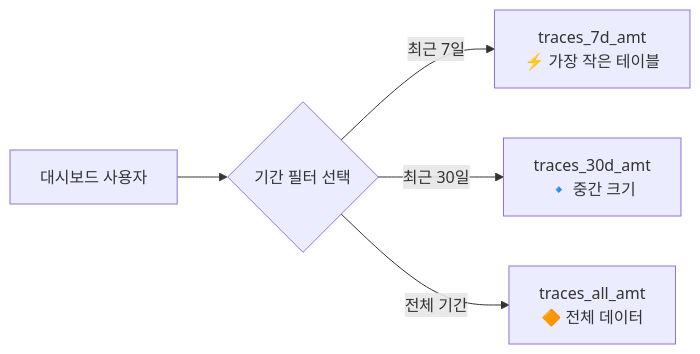
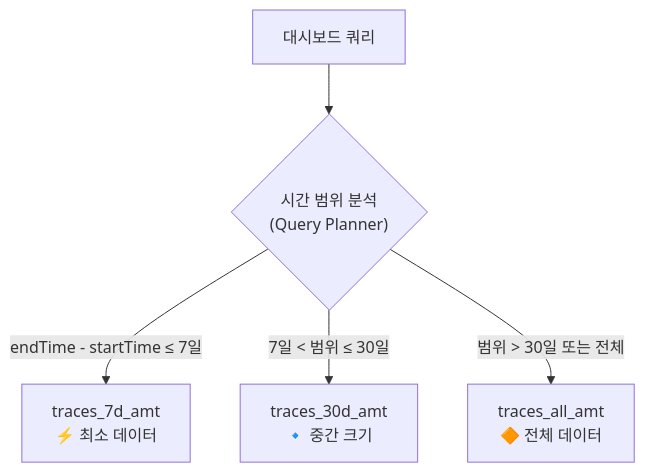
Before and after one commit to dhs-shine/langfuse: the fourth of 11 diagrams in docs/50-source-analysis/12-query-source-breakdown.md, drawn with Mermaid. The commit also changed other lines of this file and 3 other files, not shown here.

````diff
--- a/docs/50-source-analysis/12-query-source-breakdown.md
+++ b/docs/50-source-analysis/12-query-source-breakdown.md
@@ -116,7 +100,7 @@
 ```mermaid
-flowchart LR
-    User["대시보드 사용자"] --> Filter{"기간 필터 선택"}
-    Filter -- "최근 7일" --> Q7["traces_7d_amt<br/>⚡ 가장 작은 테이블"]
-    Filter -- "최근 30일" --> Q30["traces_30d_amt<br/>🔹 중간 크기"]
-    Filter -- "전체 기간" --> QALL["traces_all_amt<br/>🔶 전체 데이터"]
+flowchart TD
+    Query["대시보드 쿼리"] --> Analyzer{"시간 범위 분석<br/>(Query Planner)"}
+    Analyzer -- "endTime - startTime ≤ 7일" --> AMT_7D["traces_7d_amt<br/>⚡ 최소 데이터"]
+    Analyzer -- "7일 < 범위 ≤ 30일" --> AMT_30D["traces_30d_amt<br/>🔹 중간 크기"]
+    Analyzer -- "범위 > 30일 또는 전체" --> AMT_ALL["traces_all_amt<br/>🔶 전체 데이터"]
 ```
````
